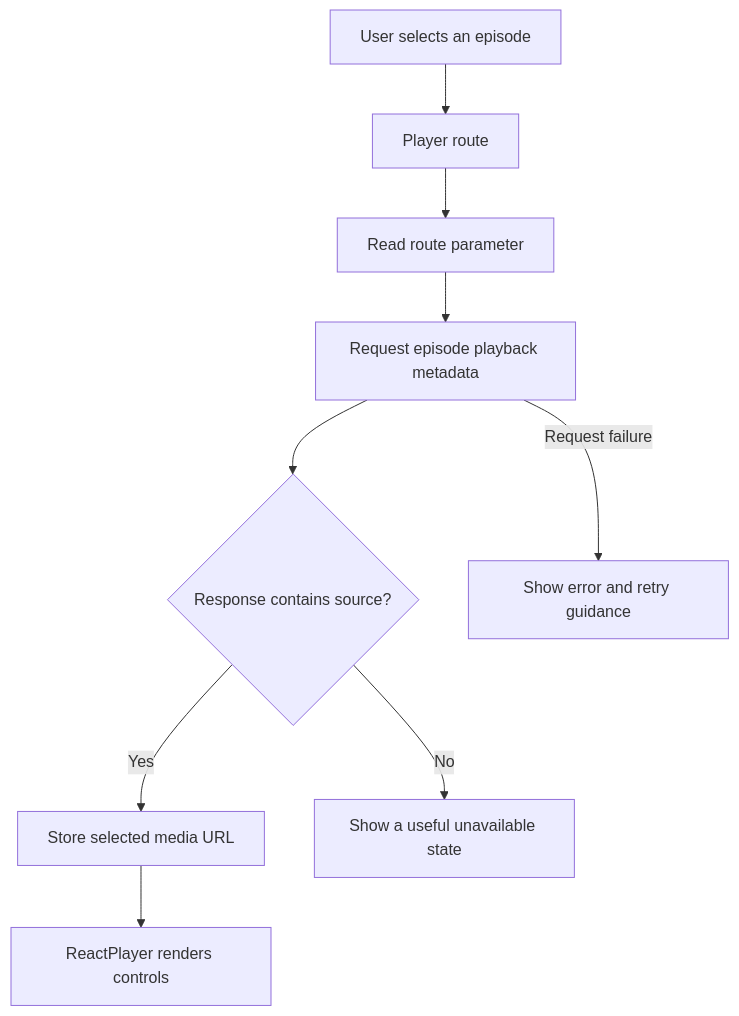
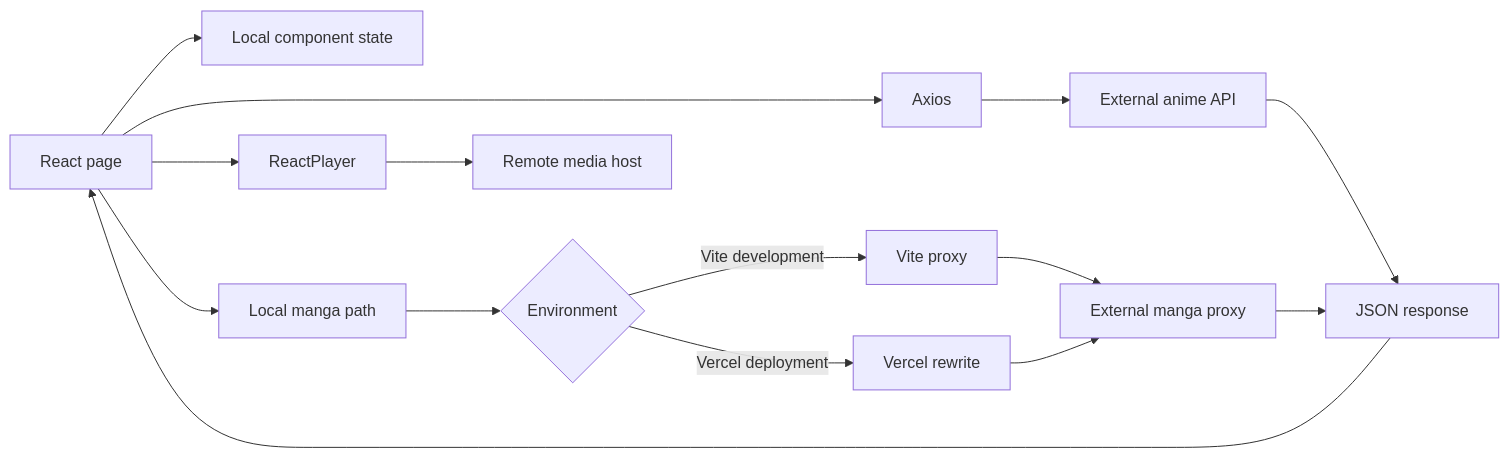
The diagram in docs/data-flow.md (Brajesh31/Anime_website), drawn with Mermaid before and after one commit. The commit also changed other lines of this file and 42 other files, not shown here.

Commit message:
docs: comprehensively expand project documentation and diagrams

````diff
--- a/docs/data-flow.md
+++ b/docs/data-flow.md
@@ -38,11 +7,17 @@
 ```mermaid
-flowchart TD
-  A[User selects an episode] --> B[Player route]
-  B --> C[Read route parameter]
-  C --> D[Request episode playback metadata]
-  D --> E{Response contains source?}
-  E -->|Yes| F[Store selected media URL]
-  F --> G[ReactPlayer renders controls]
-  E -->|No| H[Show a useful unavailable state]
-  D -->|Request failure| I[Show error and retry guidance]
+flowchart LR
+ UI[React page] --> STATE[Local component state]
+ UI --> AX[Axios]
+ AX --> ANIME[External anime API]
+ UI --> LOCAL[Local manga path]
+ LOCAL --> ENV{Environment}
+ ENV -->|Vite development| VITE[Vite proxy]
+ ENV -->|Vercel deployment| VER[Vercel rewrite]
+ VITE --> MANGA[External manga proxy]
+ VER --> MANGA
+ ANIME --> DATA[JSON response]
+ MANGA --> DATA
+ DATA --> UI
+ UI --> PLAYER[ReactPlayer]
+ PLAYER --> HOST[Remote media host]
 ```
````
